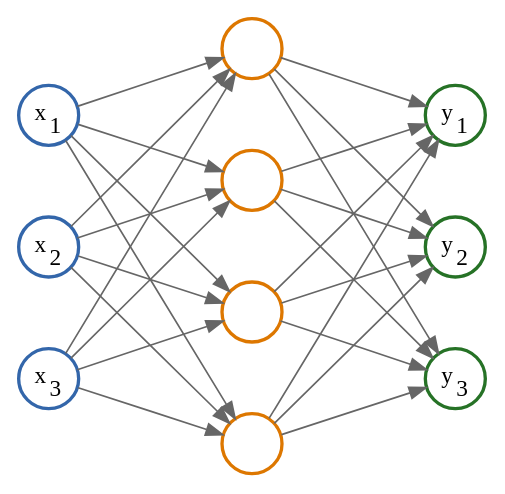
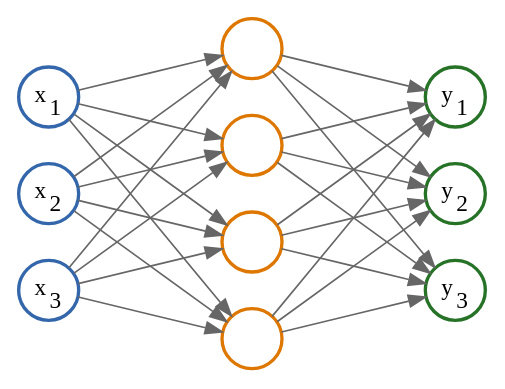
Before and after one commit to loprtq/MathNotes: the diagram in Figures/Computational_Statistics/Neural_Network_Simple.qmd, drawn with Graphviz.

Commit message:
Lower figure

````diff
--- a/Figures/Computational_Statistics/Neural_Network_Simple.qmd
+++ b/Figures/Computational_Statistics/Neural_Network_Simple.qmd
@@ -1,47 +1,47 @@
 ```{dot}
 //| label: fig-Neural_Network_Simple
 //| fig-cap: Neural network architecture with one hidden layer. The input layer (blue) receives the data, the hidden layer (orange) transforms the data through learned behaviour, and the output layer (green) produces predictions.
 digraph NeuralNetwork {
   rankdir = LR
   splines = line
-  nodesep = 0.6
+  nodesep = 0.3
   ranksep = 1.2
   node [shape = circle, fixedsize = true, width = 0.5, style = filled, fillcolor = white, penwidth = 2]
   edge [arrowhead = normal, color = gray40]
 
   // Input layer (blue)
   node [color="#3366AA"]
   I1 [label = <x<sub>1</sub>>]
   I2 [label = <x<sub>2</sub>>]
   I3 [label = <x<sub>3</sub>>]
 
   // Hidden layer 1 (orange)
   node [color="#DD7700"]
   H1 [label = ""]
   H2 [label = ""]
   H3 [label = ""]
   H4 [label = ""]
 
   // Output layer (green)
   node [color="#267226"]
   O1 [label = <y<sub>1</sub>>]
   O2 [label = <y<sub>2</sub>>]
   O3 [label = <y<sub>3</sub>>]
 
   // Force vertical alignment
   {rank = same; I1; I2; I3}
   {rank = same; H1; H2; H3; H4}
   {rank = same; O1; O2; O3}
 
   // Input to Hidden 1
   I1 -> {H1 H2 H3 H4}
   I2 -> {H1 H2 H3 H4}
   I3 -> {H1 H2 H3 H4}
 
   // Hidden 1 to Output
   H1 -> {O1 O2 O3}
   H2 -> {O1 O2 O3}
   H3 -> {O1 O2 O3}
   H4 -> {O1 O2 O3}
 }
 ```
````
